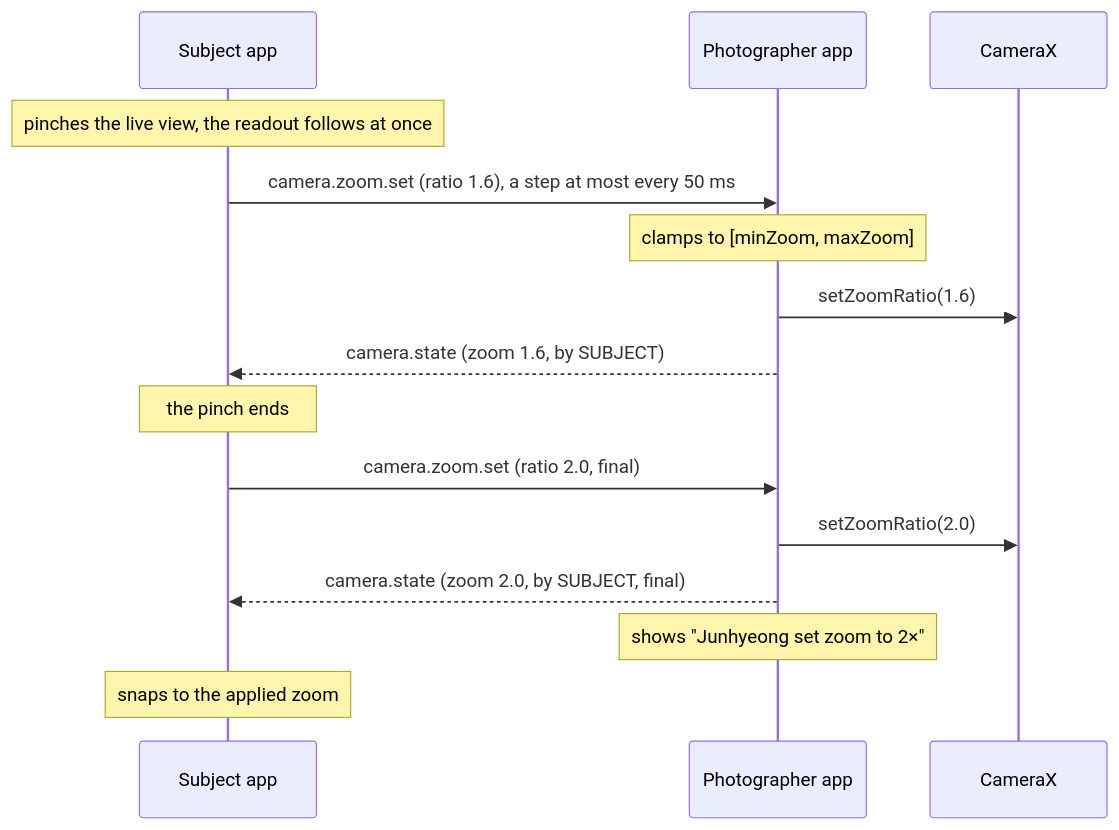
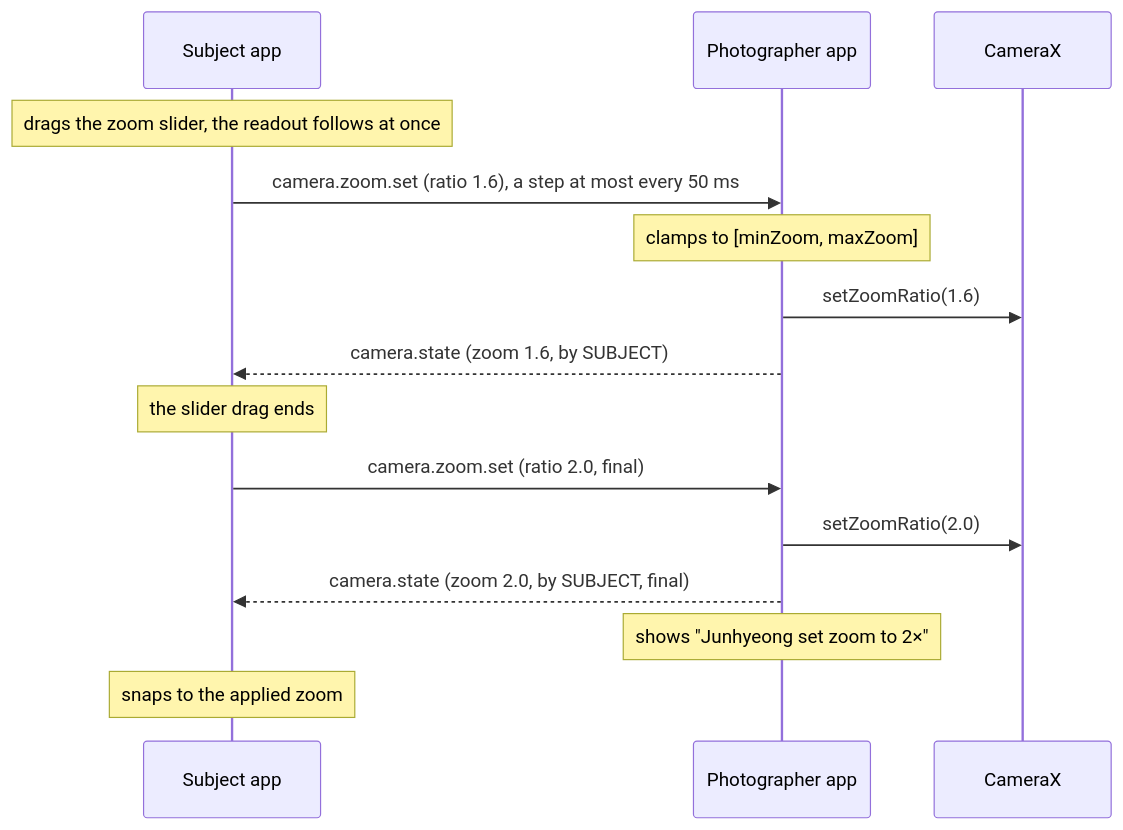
Before and after one commit to snuhcs-course/swpp-2026-project-team-10: the second of 7 diagrams in wiki/Design-Documentation.md, drawn with Mermaid. The commit also changed other lines of this file and 13 other files, not shown here.

Commit message:
fix: Refactor zoom controls in Camera and Subject views to use a single-value slider

````diff
--- a/wiki/Design-Documentation.md
+++ b/wiki/Design-Documentation.md
@@ -109,17 +110,17 @@
 ```mermaid
 sequenceDiagram
   participant S as Subject app
   participant P as Photographer app
   participant C as CameraX
-  Note over S: pinches the live view, the readout follows at once
+  Note over S: drags the zoom slider, the readout follows at once
   S->>P: camera.zoom.set (ratio 1.6), a step at most every 50 ms
   Note over P: clamps to [minZoom, maxZoom]
   P->>C: setZoomRatio(1.6)
   P-->>S: camera.state (zoom 1.6, by SUBJECT)
-  Note over S: the pinch ends
+  Note over S: the slider drag ends
   S->>P: camera.zoom.set (ratio 2.0, final)
   P->>C: setZoomRatio(2.0)
   P-->>S: camera.state (zoom 2.0, by SUBJECT, final)
   Note over P: shows "Junhyeong set zoom to 2×"
   Note over S: snaps to the applied zoom
 ```
````
